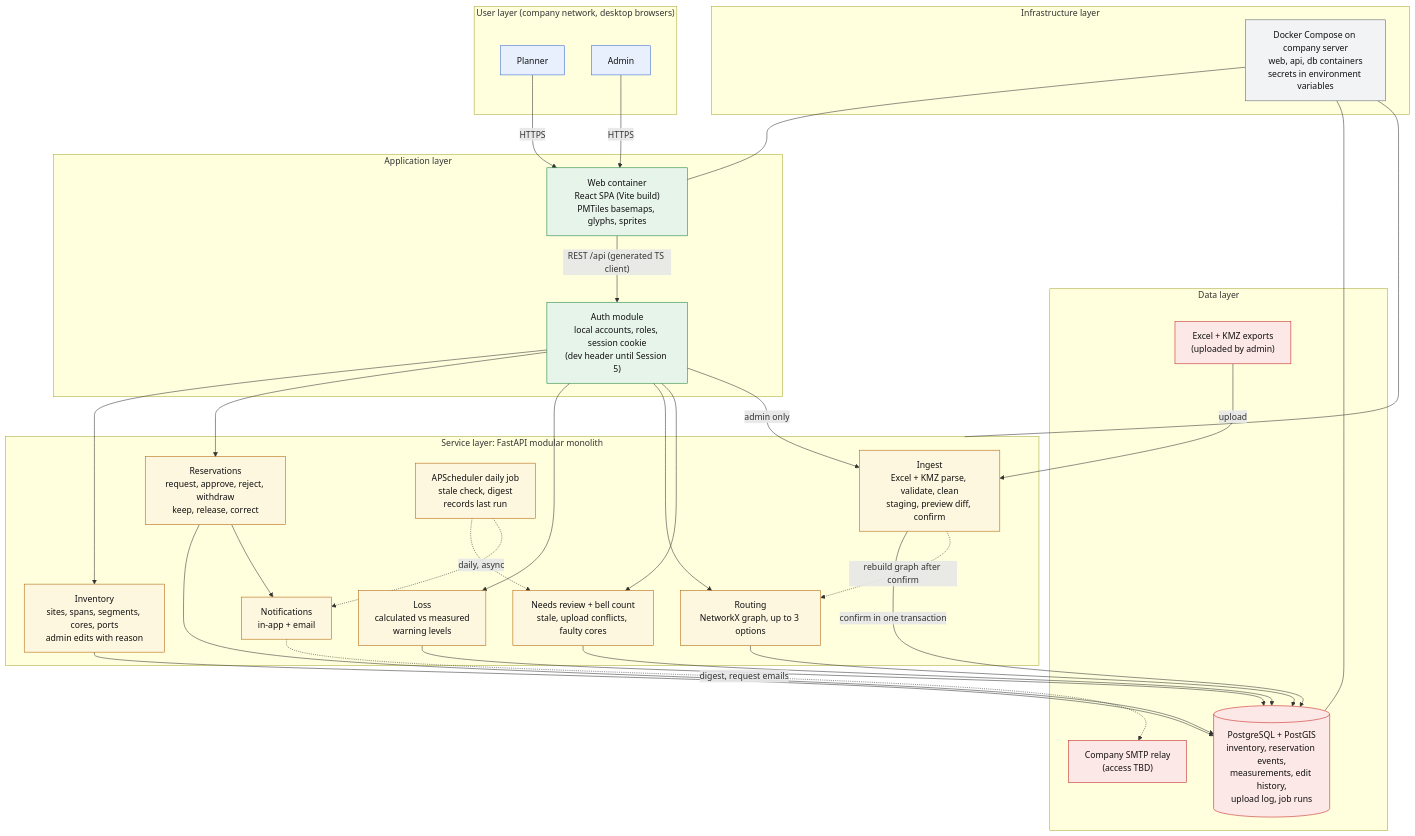
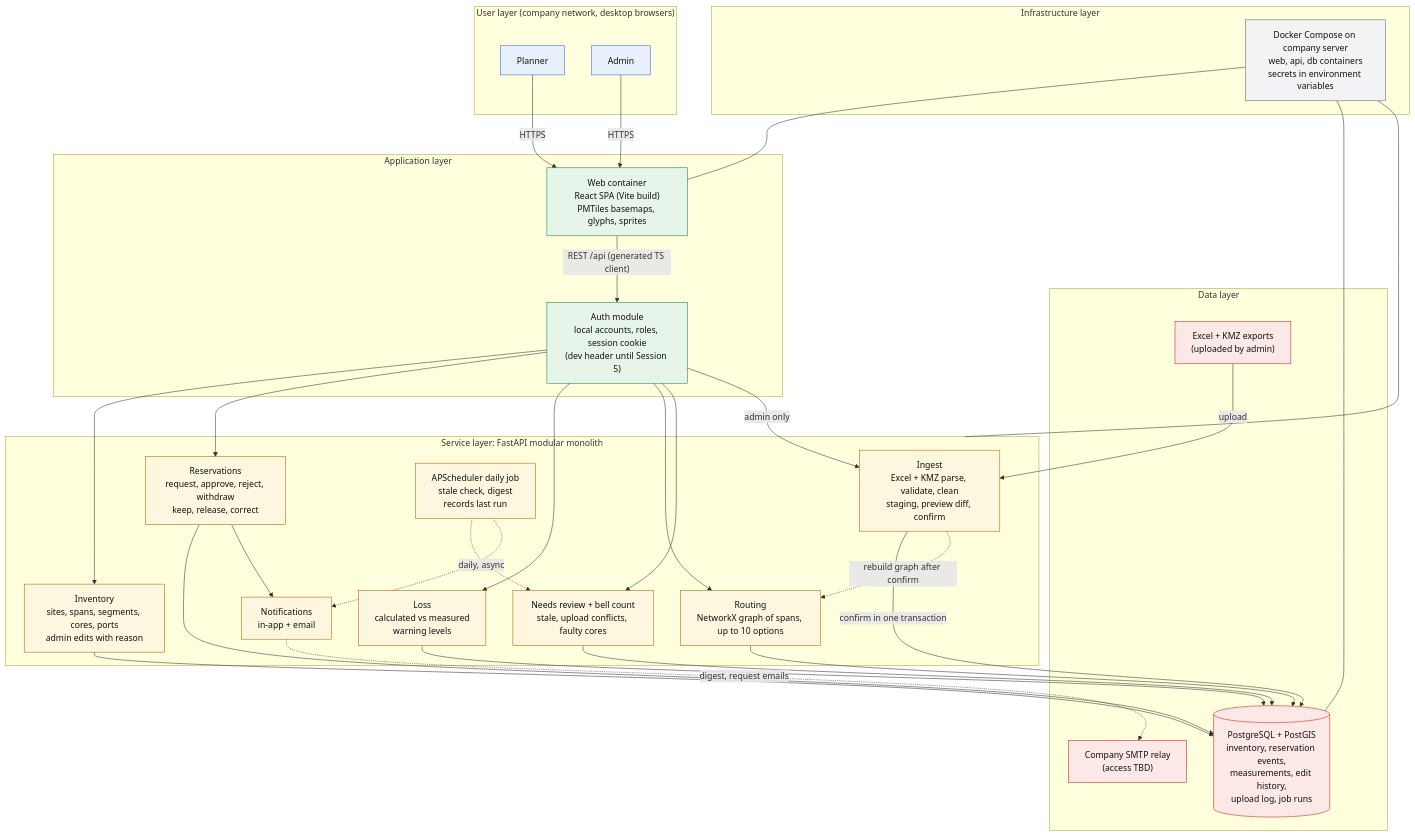
The diagram in docs/architecture.md (Pilths/fiber), drawn with Mermaid before and after one commit. The commit also changed other lines of this file and 7 other files, not shown here.

First line of the commit message:
Apply schema grill decisions: migration 0002 and docs

````diff
--- a/docs/architecture.md
+++ b/docs/architecture.md
@@ -25,59 +25,59 @@
 ```mermaid
 flowchart TB
   subgraph USER["User layer (company network, desktop browsers)"]
     P["Planner"]
     A["Admin"]
   end
 
   subgraph APP["Application layer"]
     WEB["Web container<br/>React SPA (Vite build)<br/>PMTiles basemaps, glyphs, sprites"]
     AUTH["Auth module<br/>local accounts, roles, session cookie<br/>(dev header until Session 5)"]
   end
 
   subgraph SVC["Service layer: FastAPI modular monolith"]
     INGEST["Ingest<br/>Excel + KMZ parse, validate, clean<br/>staging, preview diff, confirm"]
     INV["Inventory<br/>sites, spans, segments, cores, ports<br/>admin edits with reason"]
     RES["Reservations<br/>request, approve, reject, withdraw<br/>keep, release, correct"]
     LOSS["Loss<br/>calculated vs measured<br/>warning levels"]
-    ROUTE["Routing<br/>NetworkX graph, up to 3 options"]
+    ROUTE["Routing<br/>NetworkX graph of spans, up to 10 options"]
     REVIEW["Needs review + bell count<br/>stale, upload conflicts, faulty cores"]
     JOB["APScheduler daily job<br/>stale check, digest<br/>records last run"]
     NOTIFY["Notifications<br/>in-app + email"]
   end
 
   subgraph DATA["Data layer"]
     PG[("PostgreSQL + PostGIS<br/>inventory, reservation events,<br/>measurements, edit history,<br/>upload log, job runs")]
     FILES["Excel + KMZ exports<br/>(uploaded by admin)"]
     SMTP["Company SMTP relay<br/>(access TBD)"]
   end
 
   subgraph INFRA["Infrastructure layer"]
     DC["Docker Compose on company server<br/>web, api, db containers<br/>secrets in environment variables"]
   end
 
   P -->|HTTPS| WEB
   A -->|HTTPS| WEB
   WEB -->|"REST /api (generated TS client)"| AUTH
   AUTH --> INV & RES & LOSS & ROUTE & REVIEW
   AUTH -->|admin only| INGEST
   FILES -->|upload| INGEST
   INGEST -->|confirm in one transaction| PG
   INV & RES & LOSS & ROUTE & REVIEW --> PG
   RES --> NOTIFY
   JOB -.->|daily, async| REVIEW
   JOB -.-> NOTIFY
   NOTIFY -.->|digest, request emails| SMTP
   INGEST -.->|rebuild graph after confirm| ROUTE
   DC --- WEB & SVC & PG
 
   classDef user fill:#e8f0fe,stroke:#3367d6,color:#111
   classDef app fill:#e6f4ea,stroke:#188038,color:#111
   classDef svc fill:#fef7e0,stroke:#b06000,color:#111
   classDef data fill:#fce8e6,stroke:#c5221f,color:#111
   classDef infra fill:#f1f3f4,stroke:#5f6368,color:#111
   class P,A user
   class WEB,AUTH app
   class INGEST,INV,RES,LOSS,ROUTE,REVIEW,JOB,NOTIFY svc
   class PG,FILES,SMTP data
   class DC infra
 ```
````
